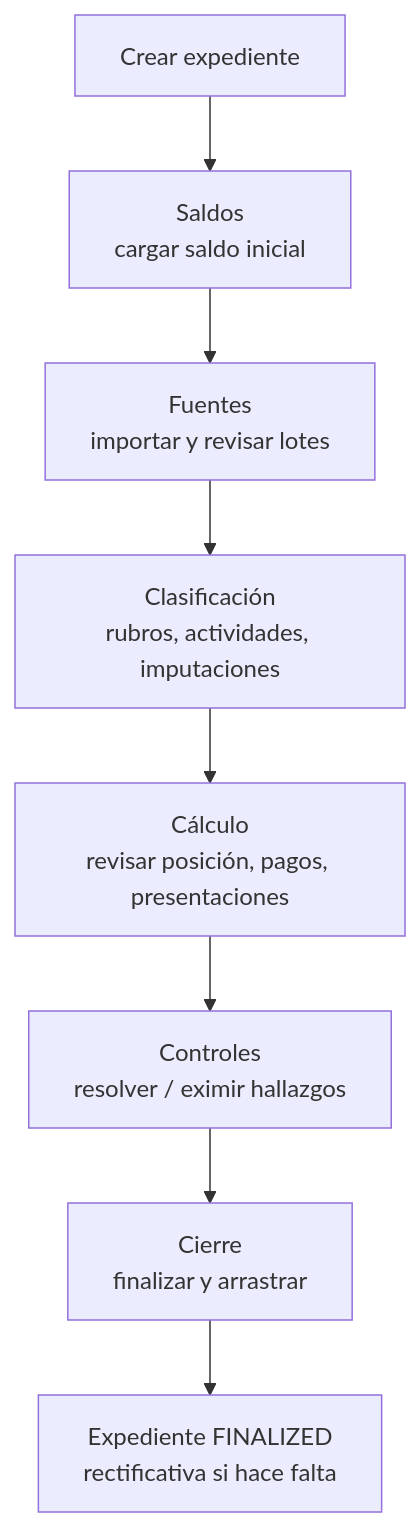
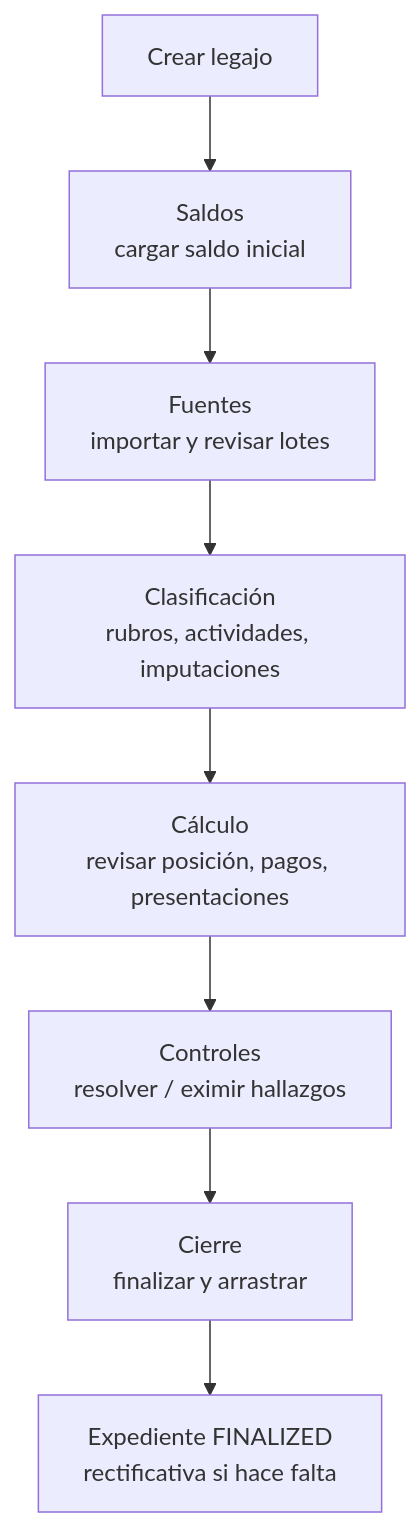
Before and after one commit to TataInti/contable: the tenth of 10 diagrams in docs/flujograma-expediente-mensual.md, drawn with Mermaid. The commit also changed other lines of this file, not shown here.

First line of the commit message:
Foco 2.4 (R02): flujograma del Legajo con los botones y confirmaciones vigentes

````diff
--- a/docs/flujograma-expediente-mensual.md
+++ b/docs/flujograma-expediente-mensual.md
@@ -244,10 +245,10 @@
 ```mermaid
 flowchart TD
-    INICIO[Crear expediente] --> E1[Saldos<br/>cargar saldo inicial]
+    INICIO[Crear legajo] --> E1[Saldos<br/>cargar saldo inicial]
     E1 --> E2[Fuentes<br/>importar y revisar lotes]
     E2 --> E3[Clasificación<br/>rubros, actividades, imputaciones]
     E3 --> E4[Cálculo<br/>revisar posición, pagos, presentaciones]
     E4 --> E5[Controles<br/>resolver / eximir hallazgos]
     E5 --> E6[Cierre<br/>finalizar y arrastrar]
     E6 --> FIN[Expediente FINALIZED<br/>rectificativa si hace falta]
 ```
````
